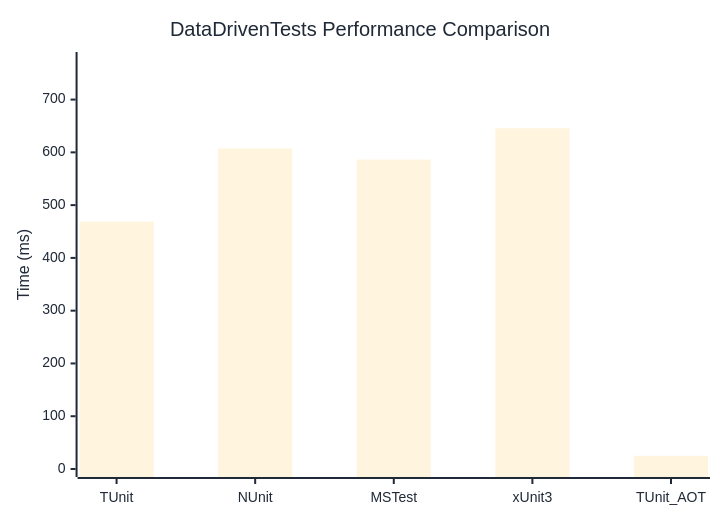
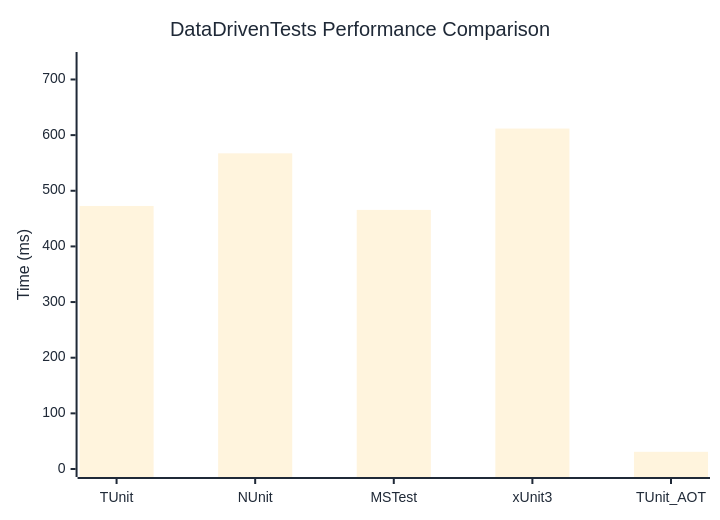
One commit to thomhurst/TUnit changed the diagram in docs/docs/benchmarks/DataDrivenTests.md. Above: the diagram before and after it, drawn with Mermaid. The commit also changed other lines of this file and 17 other files, not shown here.

````diff
--- a/docs/docs/benchmarks/DataDrivenTests.md
+++ b/docs/docs/benchmarks/DataDrivenTests.md
@@ -27,37 +27,37 @@
 ```mermaid
 %%{init: {
   'theme':'base',
   'themeVariables': {
     'primaryColor': '#2563eb',
     'primaryTextColor': '#1f2937',
     'primaryBorderColor': '#1e40af',
     'lineColor': '#6b7280',
     'secondaryColor': '#7c3aed',
     'tertiaryColor': '#dc2626',
     'background': '#ffffff',
     'mainBkg': '#2563eb',
     'secondBkg': '#7c3aed',
     'tertiaryBkg': '#dc2626',
     'clusterBkg': '#f3f4f6',
     'edgeLabelBackground': '#ffffff',
     'tertiaryTextColor': '#1f2937',
     'pie1': '#2563eb',
     'pie2': '#7c3aed',
     'pie3': '#dc2626',
     'pie4': '#f59e0b',
     'pie5': '#10b981',
     'pie6': '#06b6d4',
     'pie7': '#ec4899',
     'pie8': '#6366f1',
     'pie9': '#84cc16',
     'pie10': '#f97316',
     'pie11': '#14b8a6',
     'pie12': '#a855f7'
   }
 }}%%
 xychart-beta
   title "DataDrivenTests Performance Comparison"
   x-axis ["TUnit", "NUnit", "MSTest", "xUnit3", "TUnit_AOT"]
-  y-axis "Time (ms)" 0 --> 775
-  bar [468.54, 607.3, 586.26, 645.65, 24.99]
+  y-axis "Time (ms)" 0 --> 735
+  bar [472.69, 567.28, 465.59, 611.81, 30.9]
 ```
````
